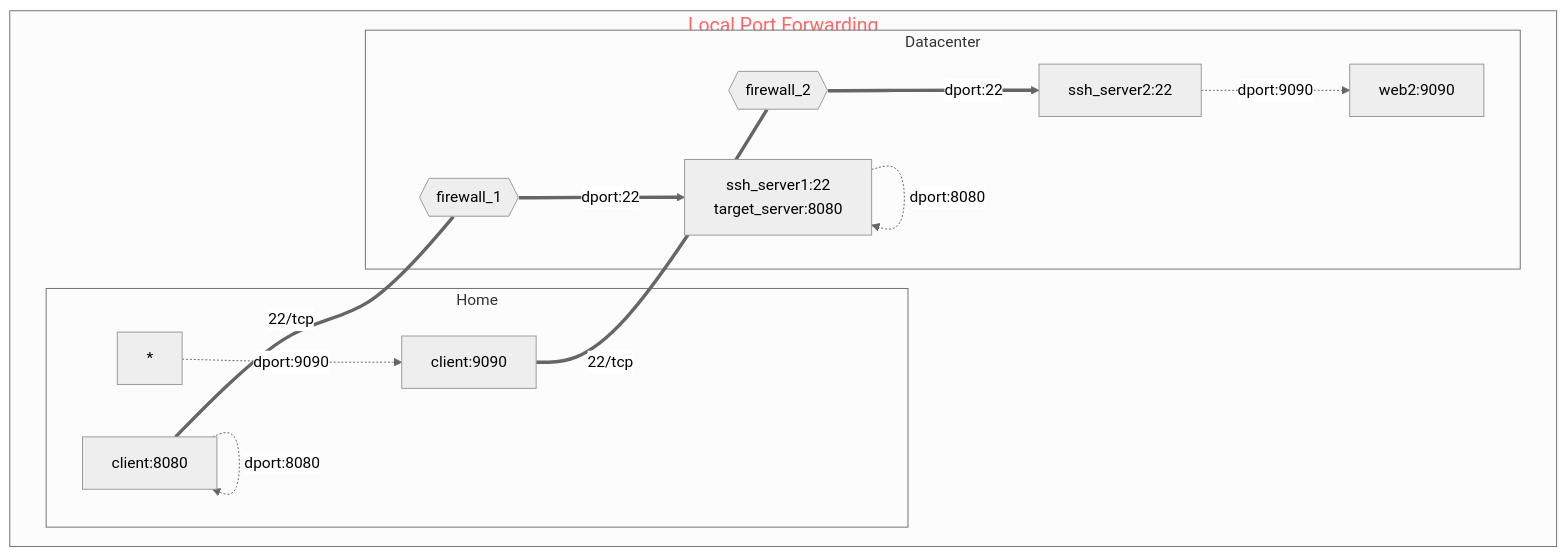
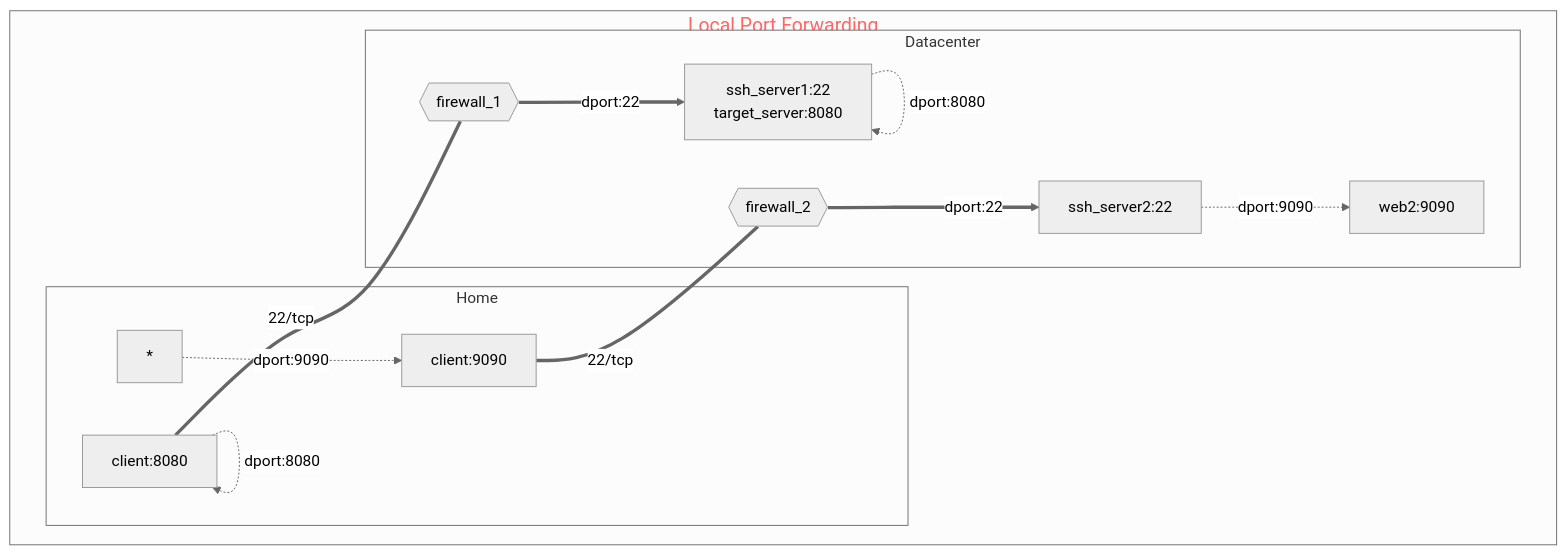
One commit to myseq/notes changed the fourth of 6 diagrams in markdown/diagrams.md. Above: the diagram before and after it, drawn with Mermaid (neutral theme).

````diff
--- a/markdown/diagrams.md
+++ b/markdown/diagrams.md
@@ -25,45 +25,46 @@
 ```mermaid
 graph TD
     cli_1[client:8080]
     cli_2[client:9090]
     fw1{{firewall_1}}
     fw2{{firewall_2}}
     sshd1["ssh_server1:22
              target_server:8080"]
     sshd2["ssh_server2:22"]
     web2["web2:9090"]
  
     subgraph main[Local Port Forwarding]
       
 
         subgraph local[Home]
         cli_1 -.-> |dport:8080| cli_1
         end
 
         subgraph local[Home]
         * -.-> |dport:9090| cli_2
         end
-     
+             
+        subgraph remote[Datacenter]
+        cli_1 === |22/tcp| fw1 ==> |dport:22| sshd1
+        sshd1 -.-> |dport:8080| sshd1
+        end
+
         subgraph remote[Datacenter]
         cli_2 === |22/tcp| fw2 ==> |dport:22| sshd2
         sshd2 -.-> |dport:9090| web2
-        end
-
-        subgraph remote[Datacenter]
-        cli_1 === |22/tcp| fw1 ==> |dport:22| sshd1
-        sshd1 -.-> |dport:8080| sshd1
         end
 
       
 
     end 
 
     classDef title font-size:20px,color:#f66
     classDef padding stroke:none,fill:none
     classDef title2 color:#0ff
 
     class main title
     class remote title2
 
     style local color:#0f0
+    
 ```
````
